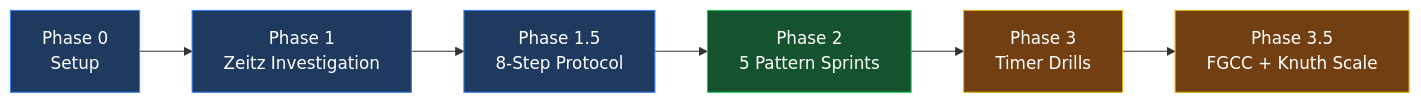
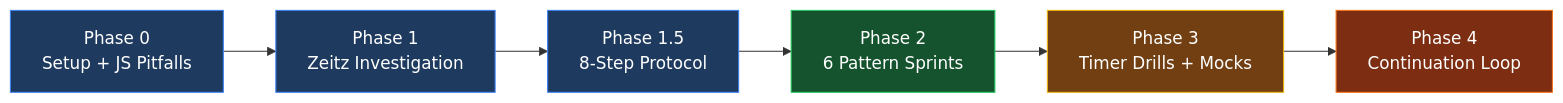
The first of 3 diagrams in plan.md (oreoorbitz/algorithm-practice), drawn with Mermaid before and after one commit. The commit also changed other lines of this file and 1 other file, not shown here.

````diff
--- a/plan.md
+++ b/plan.md
@@ -19,15 +36,15 @@
 ```mermaid
 graph LR
-  P0[Phase 0<br/>Setup] --> P1[Phase 1<br/>Zeitz Investigation]
+  P0[Phase 0<br/>Setup + JS Pitfalls] --> P1[Phase 1<br/>Zeitz Investigation]
   P1 --> P15[Phase 1.5<br/>8-Step Protocol]
-  P15 --> P2[Phase 2<br/>5 Pattern Sprints]
-  P2 --> P3[Phase 3<br/>Timer Drills]
-  P3 --> P35[Phase 3.5<br/>FGCC + Knuth Scale]
+  P15 --> P2[Phase 2<br/>6 Pattern Sprints]
+  P2 --> P3[Phase 3<br/>Timer Drills + Mocks]
+  P3 --> P4[Phase 4<br/>Continuation Loop]
 
   style P0 fill:#1e3a5f,stroke:#3b82f6,color:#fff
   style P1 fill:#1e3a5f,stroke:#3b82f6,color:#fff
   style P15 fill:#1e3a5f,stroke:#3b82f6,color:#fff
   style P2 fill:#14532d,stroke:#22c55e,color:#fff
   style P3 fill:#713f12,stroke:#eab308,color:#fff
-  style P35 fill:#713f12,stroke:#eab308,color:#fff
+  style P4 fill:#7c2d12,stroke:#f97316,color:#fff
 ```
````
